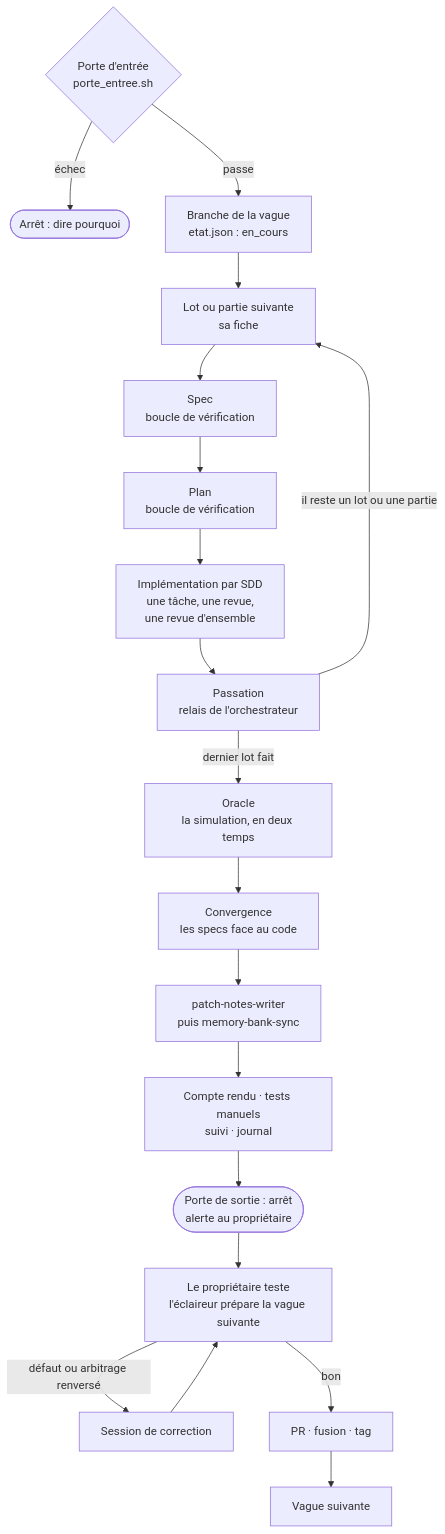
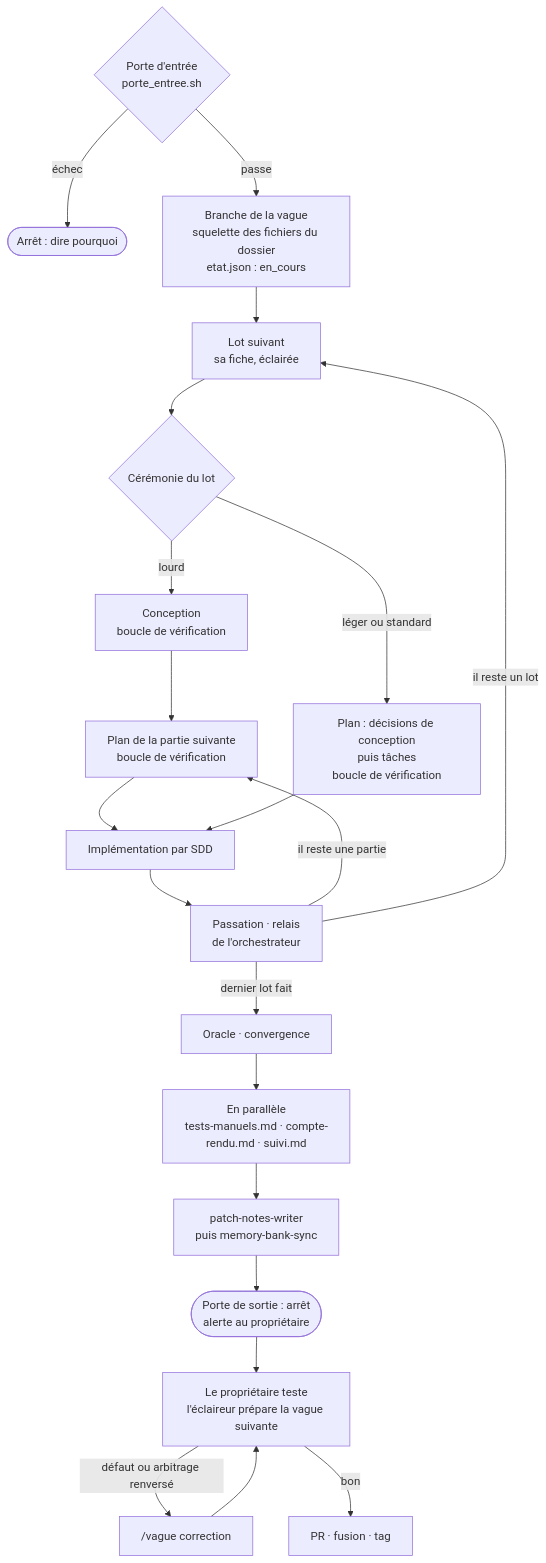
One commit to Hex-Umbra/hero-s-draft changed the second of 4 diagrams in docs/possible_upgrades/05-10-2026_modele_orchestration_par_vagues.md. Above: the diagram before and after it, drawn with Mermaid. The commit also changed other lines of this file and 2 other files, not shown here.

First line of the commit message:
docs(methode): les phases du workflow, le skill d ouverture et la phase 2

````diff
--- a/docs/possible_upgrades/05-10-2026_modele_orchestration_par_vagues.md
+++ b/docs/possible_upgrades/05-10-2026_modele_orchestration_par_vagues.md
@@ -69,21 +67,23 @@
 ```mermaid
 flowchart TD
   E{"Porte d'entrée<br/>porte_entree.sh"} -- "échec" --> X1(["Arrêt : dire pourquoi"])
-  E -- "passe" --> BR["Branche de la vague<br/>etat.json : en_cours"]
-  BR --> L["Lot ou partie suivante<br/>sa fiche"]
-  L --> SP["Spec<br/>boucle de vérification"]
-  SP --> PL["Plan<br/>boucle de vérification"]
-  PL --> IM["Implémentation par SDD<br/>une tâche, une revue,<br/>une revue d'ensemble"]
-  IM --> RE["Passation<br/>relais de l'orchestrateur"]
-  RE -- "il reste un lot ou une partie" --> L
-  RE -- "dernier lot fait" --> OR["Oracle<br/>la simulation, en deux temps"]
-  OR --> CV["Convergence<br/>les specs face au code"]
-  CV --> SK["patch-notes-writer<br/>puis memory-bank-sync"]
-  SK --> CR["Compte rendu · tests manuels<br/>suivi · journal"]
-  CR --> S(["Porte de sortie : arrêt<br/>alerte au propriétaire"])
+  E -- "passe" --> BR["Branche de la vague<br/>squelette des fichiers du dossier<br/>etat.json : en_cours"]
+  BR --> L["Lot suivant<br/>sa fiche, éclairée"]
+  L --> CE{"Cérémonie du lot"}
+  CE -- "lourd" --> CO["Conception<br/>boucle de vérification"]
+  CO --> PP["Plan de la partie suivante<br/>boucle de vérification"]
+  CE -- "léger ou standard" --> PL["Plan : décisions de conception<br/>puis tâches<br/>boucle de vérification"]
+  PP --> IM["Implémentation par SDD"]
+  PL --> IM
+  IM --> RE["Passation · relais<br/>de l'orchestrateur"]
+  RE -- "il reste une partie" --> PP
+  RE -- "il reste un lot" --> L
+  RE -- "dernier lot fait" --> OR["Oracle · convergence"]
+  OR --> PAR["En parallèle<br/>tests-manuels.md · compte-rendu.md · suivi.md"]
+  PAR --> SK["patch-notes-writer<br/>puis memory-bank-sync"]
+  SK --> S(["Porte de sortie : arrêt<br/>alerte au propriétaire"])
   S --> T["Le propriétaire teste<br/>l'éclaireur prépare la vague suivante"]
-  T -- "défaut ou arbitrage renversé" --> COR["Session de correction"]
+  T -- "défaut ou arbitrage renversé" --> COR["/vague correction"]
   COR --> T
   T -- "bon" --> M["PR · fusion · tag"]
-  M --> N["Vague suivante"]
 ```
````
